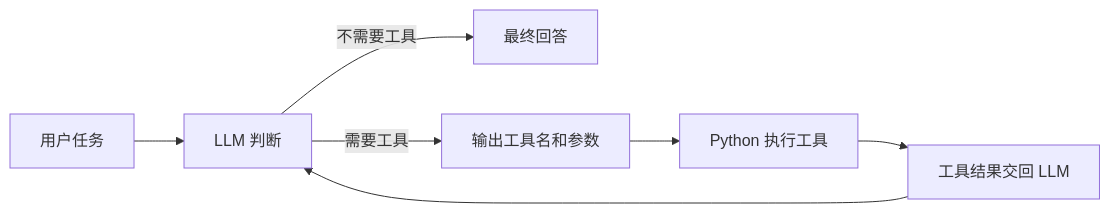
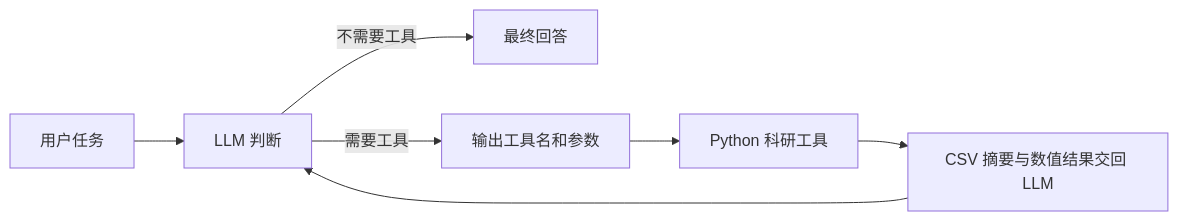
The diagram in README.md (Huazhonguniversitystudent/physics-research-agent), drawn with Mermaid before and after one commit. The commit also changed other lines of this file and 14 other files, not shown here.

````diff
--- a/README.md
+++ b/README.md
@@ -35,9 +40,9 @@
 ```mermaid
 flowchart LR
     A[用户任务] --> B[LLM 判断]
     B -->|不需要工具| F[最终回答]
     B -->|需要工具| C[输出工具名和参数]
-    C --> D[Python 执行工具]
-    D --> E[工具结果交回 LLM]
+    C --> D[Python 科研工具]
+    D --> E[CSV 摘要与数值结果交回 LLM]
     E --> B
 ```
````
